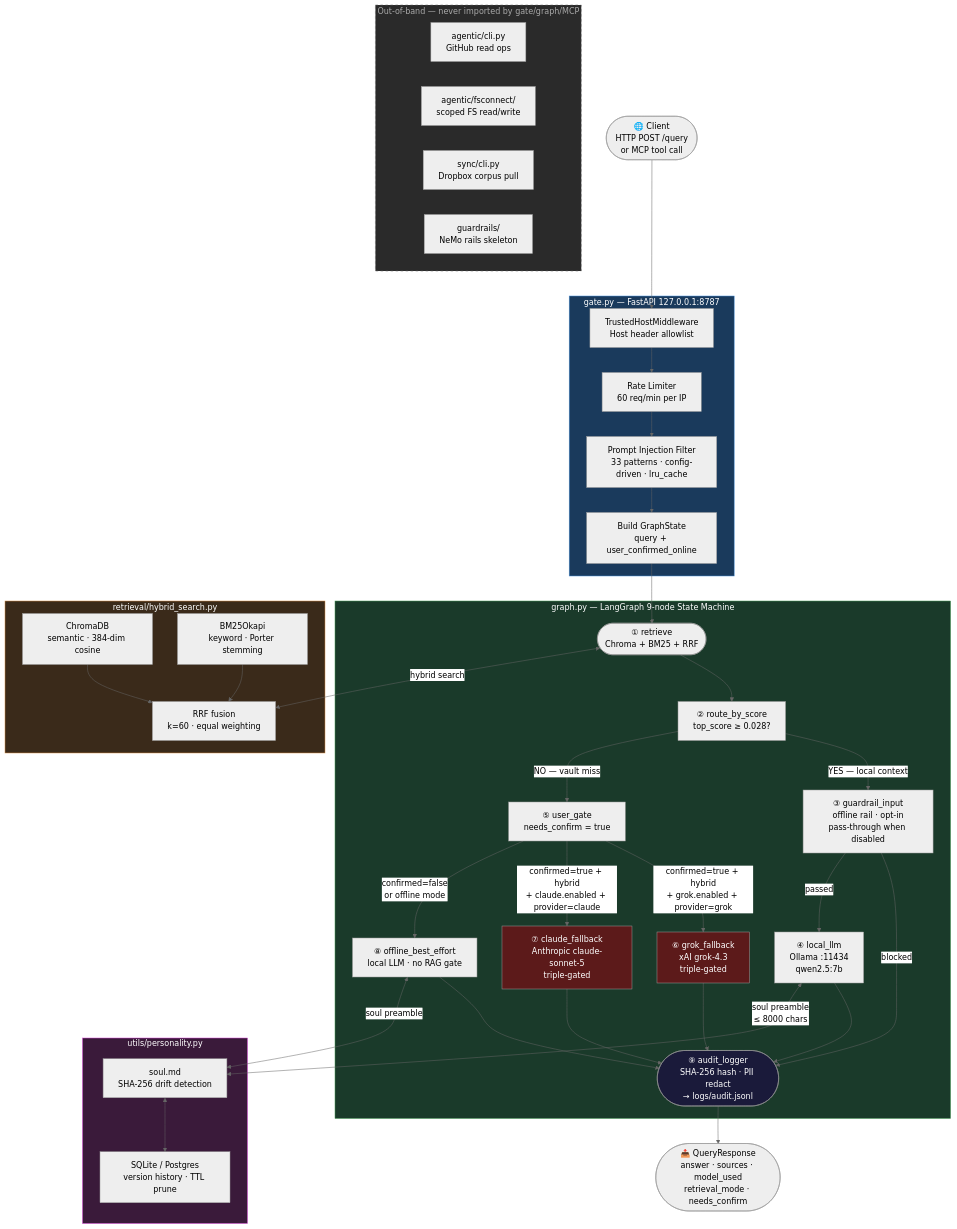
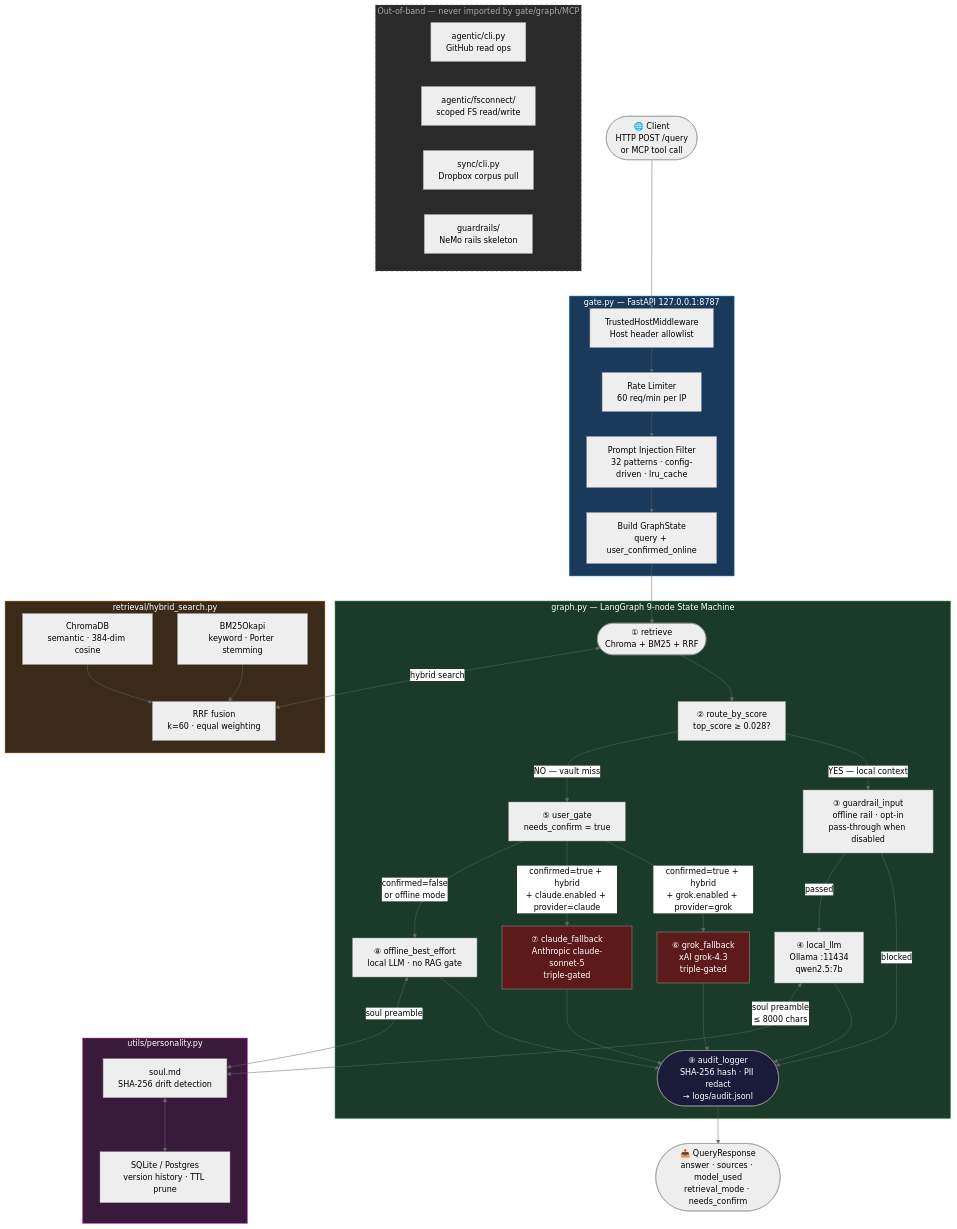
One commit to cgfixit/CyClaw changed the diagram in README.md. Above: the diagram before and after it, drawn with Mermaid (neutral theme). The commit also changed other lines of this file and 3 other files, not shown here.

````diff
--- a/README.md
+++ b/README.md
@@ -88,68 +88,68 @@
 ```mermaid
 flowchart TD
     A(["🌐 Client\nHTTP POST /query\nor MCP tool call"])
     A --> B
 
     subgraph GATEWAY ["gate.py — FastAPI 127.0.0.1:8787"]
         B["TrustedHostMiddleware\nHost header allowlist"]
         B --> C["Rate Limiter\n60 req/min per IP"]
-        C --> D["Prompt Injection Filter\n33 patterns · config-driven · lru_cache"]
+        C --> D["Prompt Injection Filter\n32 patterns · config-driven · lru_cache"]
         D --> E["Build GraphState\nquery + user_confirmed_online"]
     end
 
     E --> F
 
     subgraph GRAPH ["graph.py — LangGraph 9-node State Machine"]
         F(["① retrieve\nChroma + BM25 + RRF"])
         F --> G["② route_by_score\ntop_score ≥ 0.028?"]
         G -->|"YES — local context"| X["③ guardrail_input\noffline rail · opt-in\npass-through when disabled"]
         X -->|"blocked"| L
         X -->|"passed"| H["④ local_llm\nOllama :11434\nqwen2.5:7b"]
         G -->|"NO — vault miss"| I["⑤ user_gate\nneeds_confirm = true"]
         I -->|"confirmed=true + hybrid\n+ grok.enabled + provider=grok"| J["⑥ grok_fallback\nxAI grok-4.3\ntriple-gated"]
         I -->|"confirmed=true + hybrid\n+ claude.enabled + provider=claude"| W["⑦ claude_fallback\nAnthropic claude-sonnet-5\ntriple-gated"]
         I -->|"confirmed=false\nor offline mode"| K["⑧ offline_best_effort\nlocal LLM · no RAG gate"]
         H --> L
         J --> L
         W --> L
         K --> L
         L(["⑨ audit_logger\nSHA-256 hash · PII redact\n→ logs/audit.jsonl"])
     end
 
     L --> M(["📤 QueryResponse\nanswer · sources · model_used\nretrieval_mode · needs_confirm"])
 
     subgraph RETRIEVAL ["retrieval/hybrid_search.py"]
         N["ChromaDB\nsemantic · 384-dim cosine"]
         O["BM25Okapi\nkeyword · Porter stemming"]
         P["RRF fusion\nk=60 · equal weighting"]
         N --> P
         O --> P
     end
 
     F <-->|"hybrid search"| P
 
     subgraph SOUL ["utils/personality.py"]
         Q["soul.md\nSHA-256 drift detection"]
         R["SQLite / Postgres\nversion history · TTL prune"]
         Q <--> R
     end
 
     H <-->|"soul preamble\n≤ 8000 chars"| Q
     K <-->|"soul preamble"| Q
 
     subgraph OOB ["Out-of-band — never imported by gate/graph/MCP"]
         S["agentic/cli.py\nGitHub read ops"]
         T["agentic/fsconnect/\nscoped FS read/write"]
         U["sync/cli.py\nDropbox corpus pull"]
         V["guardrails/\nNeMo rails skeleton"]
     end
 
     style GATEWAY fill:#1a3a5c,color:#ffffff,stroke:#4a90d9
     style GRAPH fill:#1a3a2a,color:#ffffff,stroke:#4a9d5a
     style RETRIEVAL fill:#3a2a1a,color:#ffffff,stroke:#d9904a
     style SOUL fill:#3a1a3a,color:#ffffff,stroke:#d94ad9
     style OOB fill:#2a2a2a,color:#aaaaaa,stroke:#666666,stroke-dasharray:5 5
     style J fill:#5c1a1a,color:#ffffff
     style W fill:#5c1a1a,color:#ffffff
     style L fill:#1a1a3a,color:#ffffff
 ```
````
